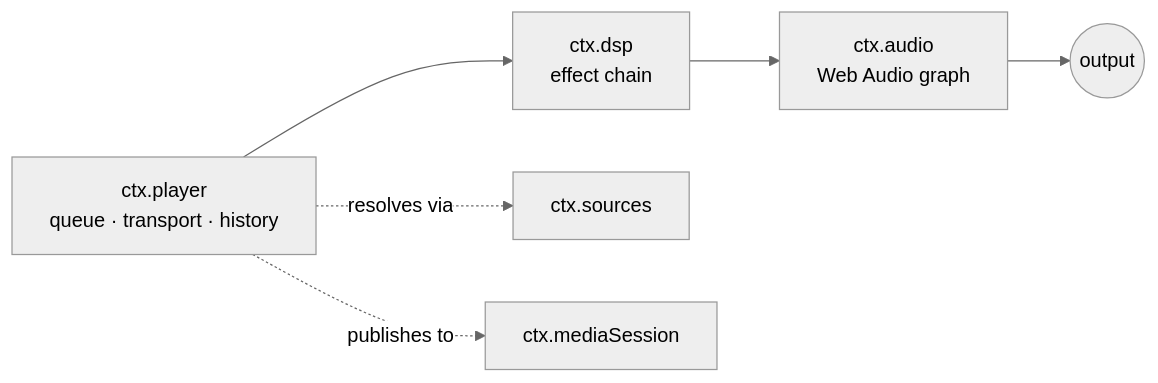
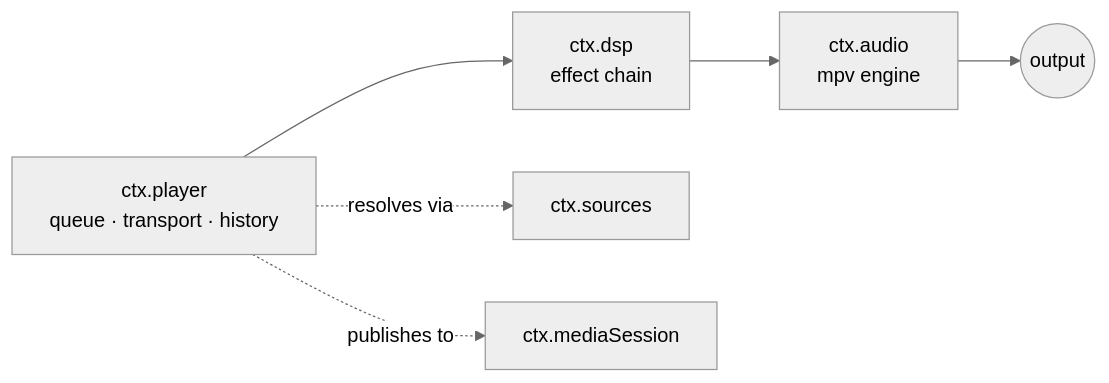
Before and after one commit to BBeBeeX/BBeBee: the first of 2 diagrams in docs/audio/engine.md, drawn with Mermaid (neutral theme). The commit also changed other lines of this file and 7 other files, not shown here.

First line of the commit message:
Docs: record the post-webaudio architecture

````diff
--- a/docs/audio/engine.md
+++ b/docs/audio/engine.md
@@ -11,8 +11,8 @@
 ```mermaid
 flowchart LR
     P["ctx.player<br/>queue · transport · history"] --> D["ctx.dsp<br/>effect chain"]
-    D --> A["ctx.audio<br/>Web Audio graph"]
+    D --> A["ctx.audio<br/>mpv engine"]
     A --> O(("output"))
     P -.->|resolves via| S["ctx.sources"]
     P -.->|publishes to| M["ctx.mediaSession"]
 ```
````
